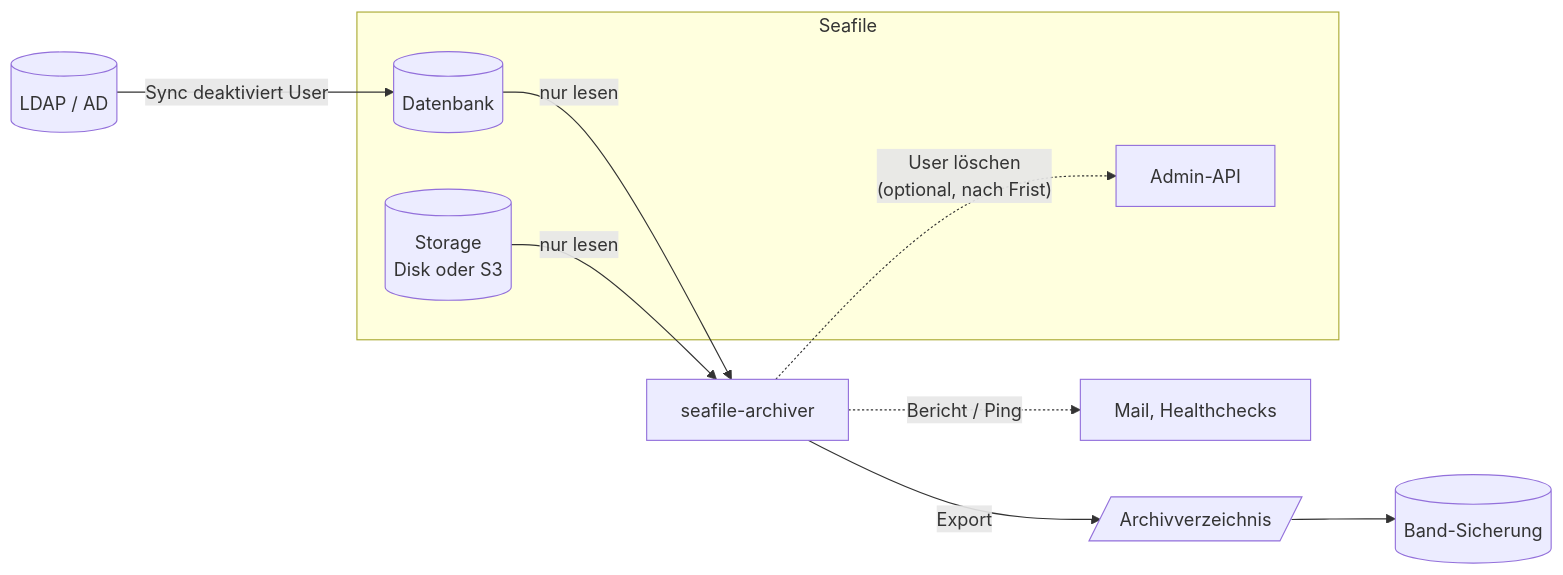
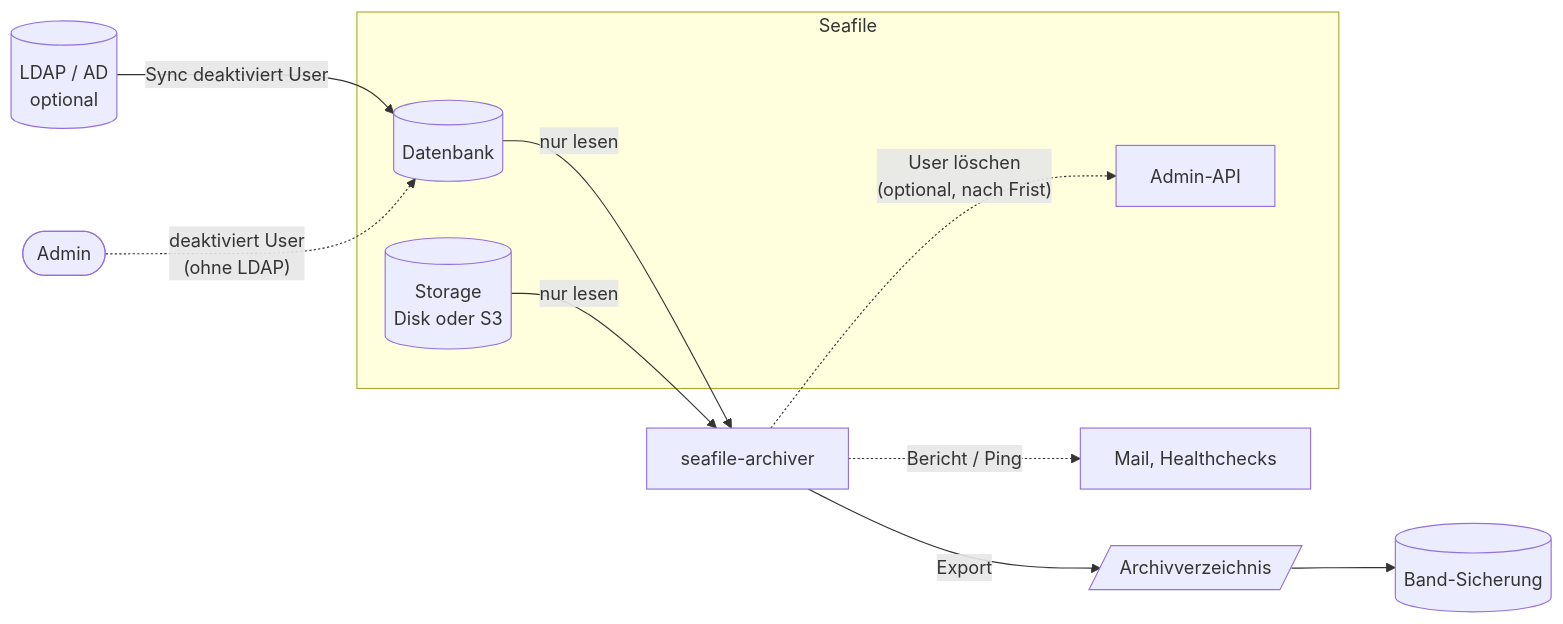
One commit to datamate-rethink-it/seafile-archiver changed the first of 2 diagrams in README.md. Above: the diagram before and after it, drawn with Mermaid. The commit also changed other lines of this file, not shown here.

Commit message:
README: Betrieb ohne LDAP in der Einleitung hervorheben

````diff
--- a/README.md
+++ b/README.md
@@ -17,15 +26,16 @@
 ```mermaid
 flowchart LR
-    AD[(LDAP / AD)] -- "Sync deaktiviert User" --> DB
+    AD[(LDAP / AD<br/>optional)] -- "Sync deaktiviert User" --> DB
+    ADM([Admin]) -. "deaktiviert User<br/>(ohne LDAP)" .-> DB
     subgraph SF[Seafile]
         DB[(Datenbank)]
         ST[(Storage<br/>Disk oder S3)]
         API[Admin-API]
     end
     DB -- "nur lesen" --> AR[seafile-archiver]
     ST -- "nur lesen" --> AR
     AR -- "Export" --> ARCH[/Archivverzeichnis/]
     ARCH --> TAPE[(Band-Sicherung)]
     AR -. "Bericht / Ping" .-> MON[Mail, Healthchecks]
     AR -. "User löschen<br/>(optional, nach Frist)" .-> API
 ```
````
